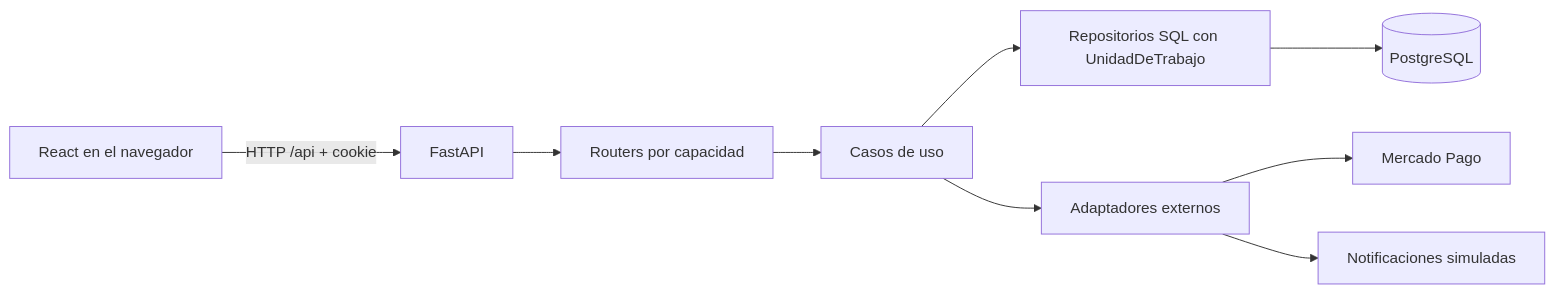
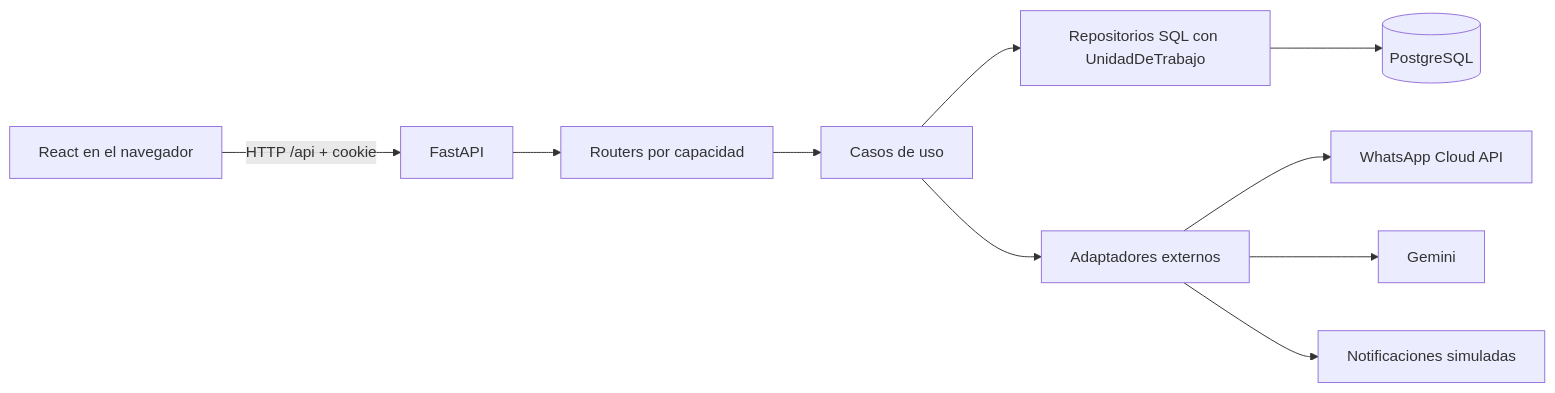
One commit to Ignapag/Proyecto---Seminario-Integrador-2026 changed the diagram in docs/ARQUITECTURA.md. Above: the diagram before and after it, drawn with Mermaid. The commit also changed other lines of this file and 82 other files, not shown here.

First line of the commit message:
fix(operacion): coordina pedidos pagos reparto y WhatsApp (#12)

````diff
--- a/docs/ARQUITECTURA.md
+++ b/docs/ARQUITECTURA.md
@@ -17,11 +17,12 @@
 ```mermaid
 flowchart LR
     Browser[React en el navegador] -->|HTTP /api + cookie| API[FastAPI]
     API --> Routers[Routers por capacidad]
     Routers --> UseCases[Casos de uso]
     UseCases --> Repos[Repositorios SQL con UnidadDeTrabajo]
     Repos --> DB[(PostgreSQL)]
     UseCases --> Adapters[Adaptadores externos]
-    Adapters --> MP[Mercado Pago]
+    Adapters --> Meta[WhatsApp Cloud API]
+    Adapters --> Gemini[Gemini]
     Adapters --> Sim[Notificaciones simuladas]
 ```
````
